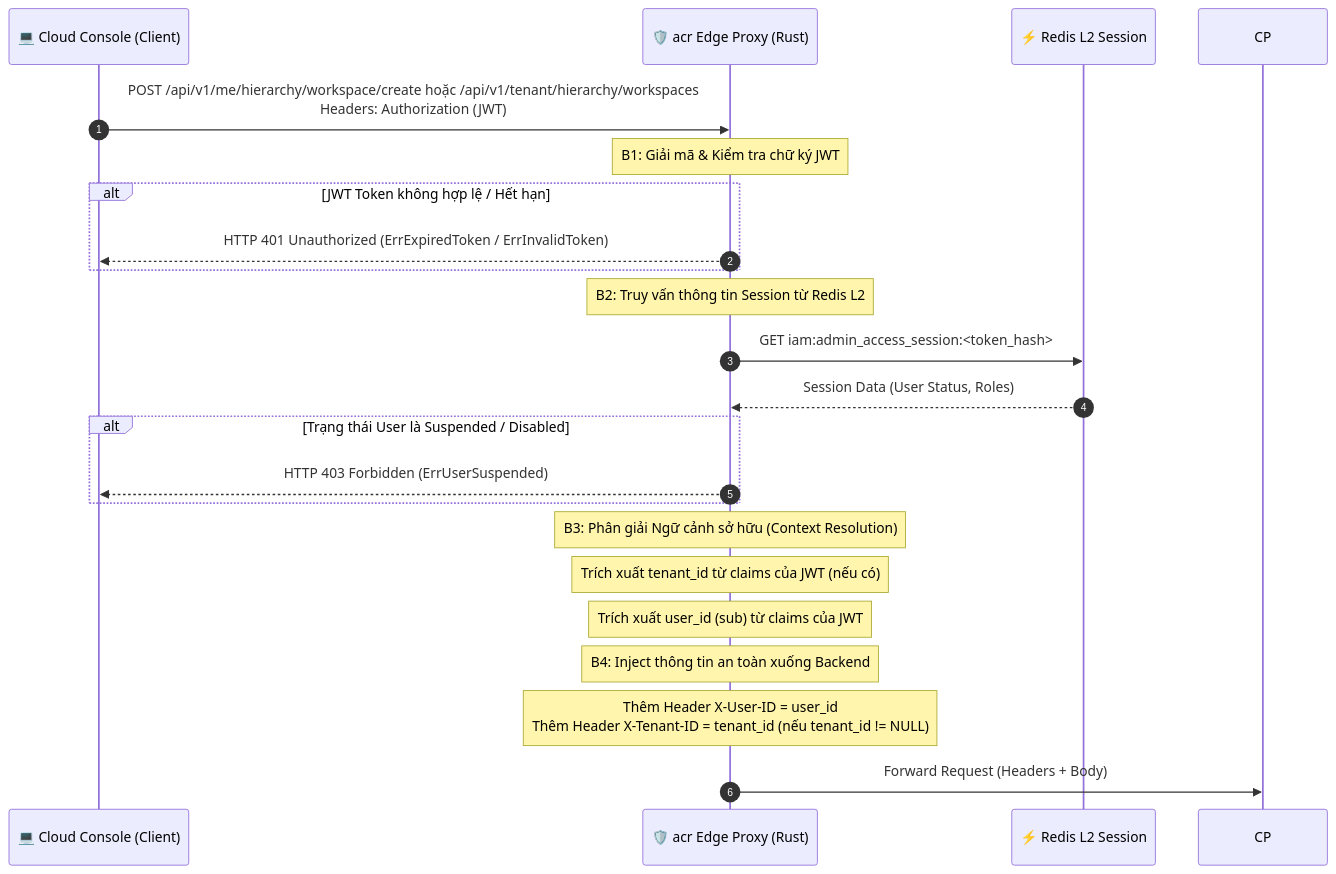
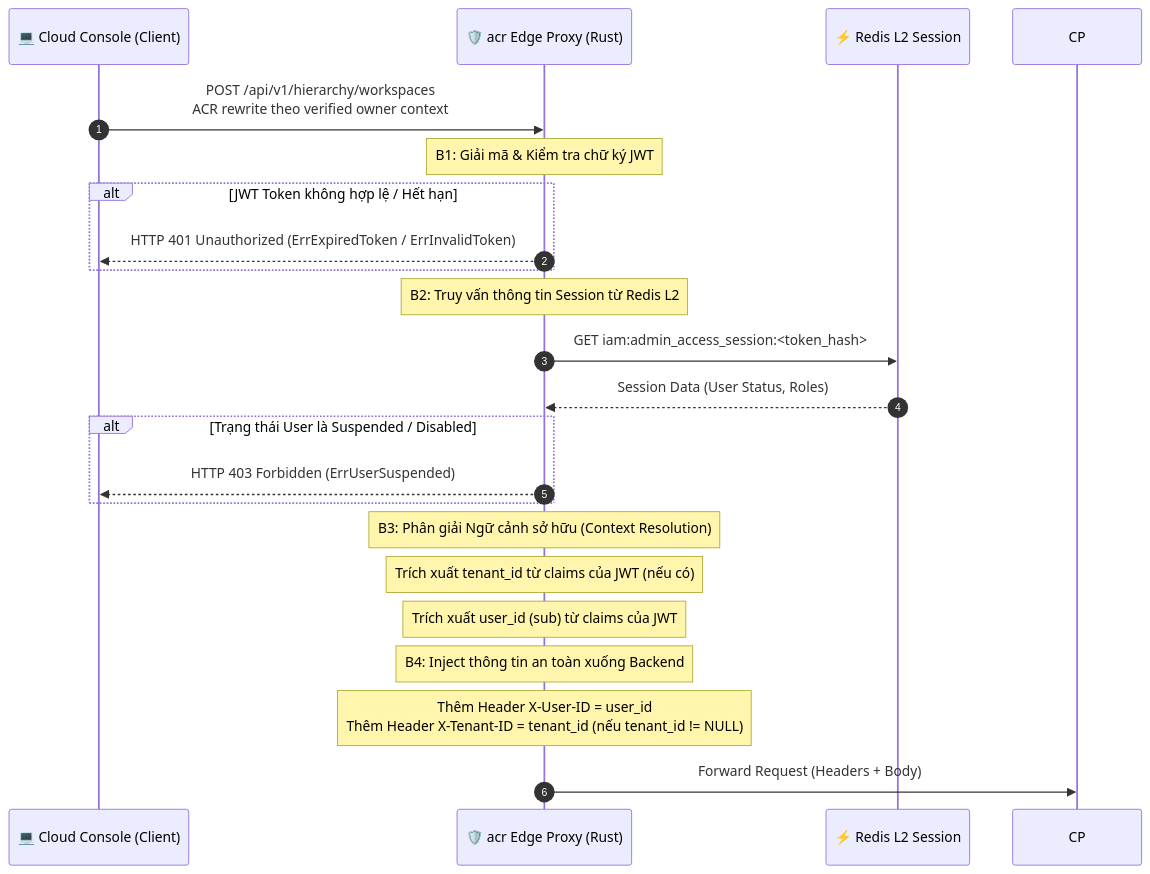
The second of 3 diagrams in god_view/hierarchy/organizational_hierarchy_and_workspace_creation_god_view.md (phucle996/aurora), drawn with Mermaid before and after one commit. The commit also changed other lines of this file and 20 other files, not shown here.

````diff
--- a/god_view/hierarchy/organizational_hierarchy_and_workspace_creation_god_view.md
+++ b/god_view/hierarchy/organizational_hierarchy_and_workspace_creation_god_view.md
@@ -80,29 +80,29 @@
 ```mermaid
 sequenceDiagram
     autonumber
     participant UI as 💻 Cloud Console (Client)
     participant acr as 🛡️ acr Edge Proxy (Rust)
     participant L2 as ⚡ Redis L2 Session
 
-    UI->>acr: POST /api/v1/me/hierarchy/workspace/create hoặc /api/v1/tenant/hierarchy/workspaces<br/>Headers: Authorization (JWT)
+    UI->>acr: POST /api/v1/hierarchy/workspaces<br/>ACR rewrite theo verified owner context
     Note over acr: B1: Giải mã & Kiểm tra chữ ký JWT
     alt JWT Token không hợp lệ / Hết hạn
         acr-->>UI: HTTP 401 Unauthorized (ErrExpiredToken / ErrInvalidToken)
     end
 
     Note over acr: B2: Truy vấn thông tin Session từ Redis L2
     acr->>L2: GET iam:admin_access_session:<token_hash>
     L2-->>acr: Session Data (User Status, Roles)
     alt Trạng thái User là Suspended / Disabled
         acr-->>UI: HTTP 403 Forbidden (ErrUserSuspended)
     end
 
     Note over acr: B3: Phân giải Ngữ cảnh sở hữu (Context Resolution)
     Note over acr: Trích xuất tenant_id từ claims của JWT (nếu có)
     Note over acr: Trích xuất user_id (sub) từ claims của JWT
     
     Note over acr: B4: Inject thông tin an toàn xuống Backend
     Note over acr: Thêm Header X-User-ID = user_id<br/>Thêm Header X-Tenant-ID = tenant_id (nếu tenant_id != NULL)
     
     acr->>CP: Forward Request (Headers + Body)
 ```
````
